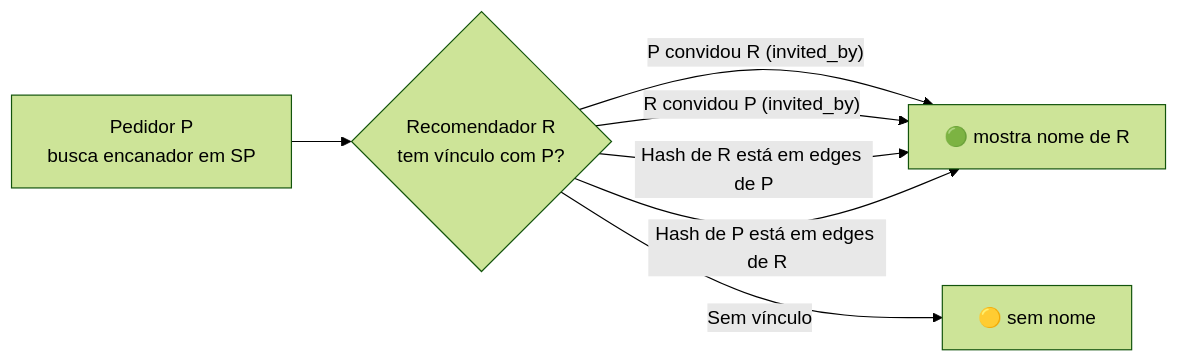
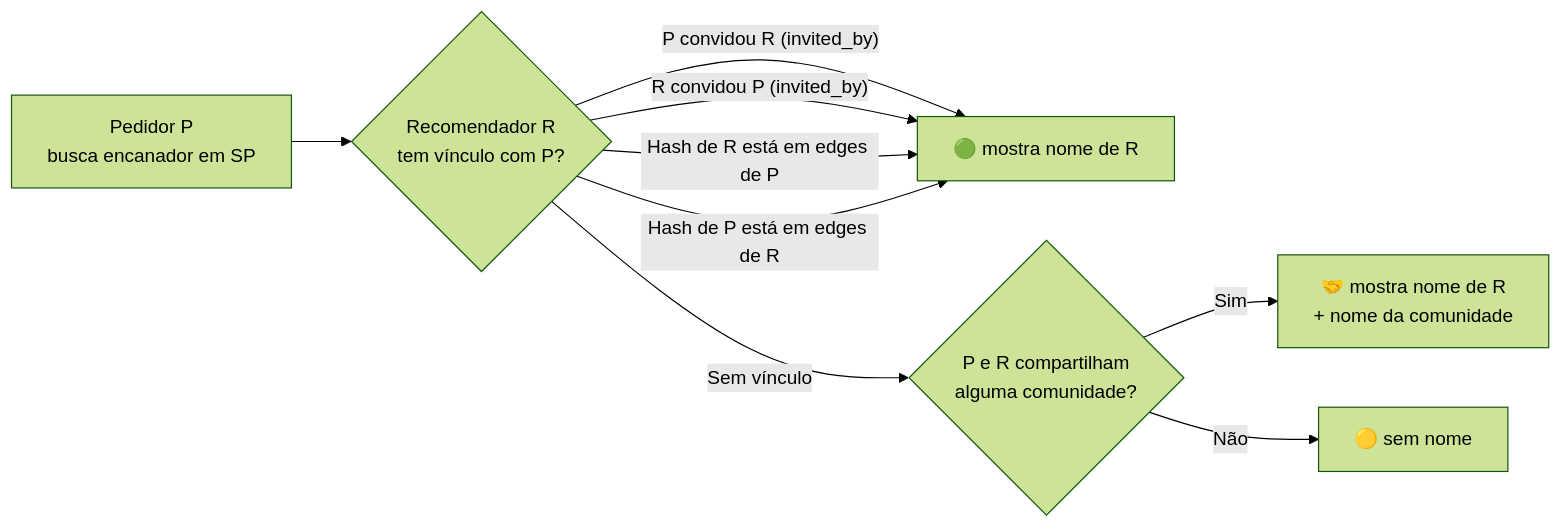
Before and after one commit to marcelogualtieri-spec/Marcelo: the tenth of 10 diagrams in docs/fluxograma.md, drawn with Mermaid (forest theme). The commit also changed other lines of this file and 1 other file, not shown here.

````diff
--- a/docs/fluxograma.md
+++ b/docs/fluxograma.md
@@ -156,9 +197,11 @@
 ```mermaid
 flowchart LR
     P["Pedidor P\nbusca encanador em SP"] --> Q{"Recomendador R\ntem vínculo com P?"}
     Q -- "P convidou R (invited_by)" --> V["🟢 mostra nome de R"]
     Q -- "R convidou P (invited_by)" --> V
     Q -- "Hash de R está em edges de P" --> V
     Q -- "Hash de P está em edges de R" --> V
-    Q -- "Sem vínculo" --> Y["🟡 sem nome"]
+    Q -- "Sem vínculo" --> CQ{"P e R compartilham\nalguma comunidade?"}
+    CQ -- "Sim" --> CV["🤝 mostra nome de R\n+ nome da comunidade"]
+    CQ -- "Não" --> Y["🟡 sem nome"]
 ```
````
